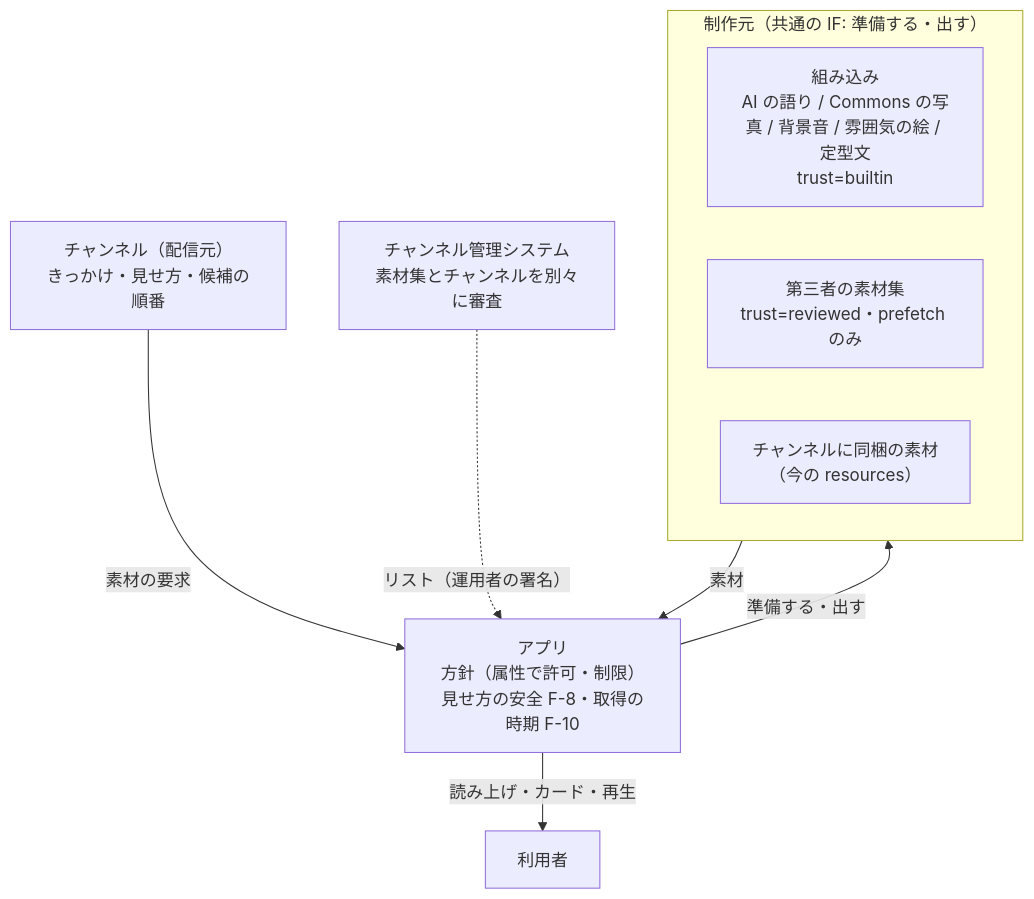
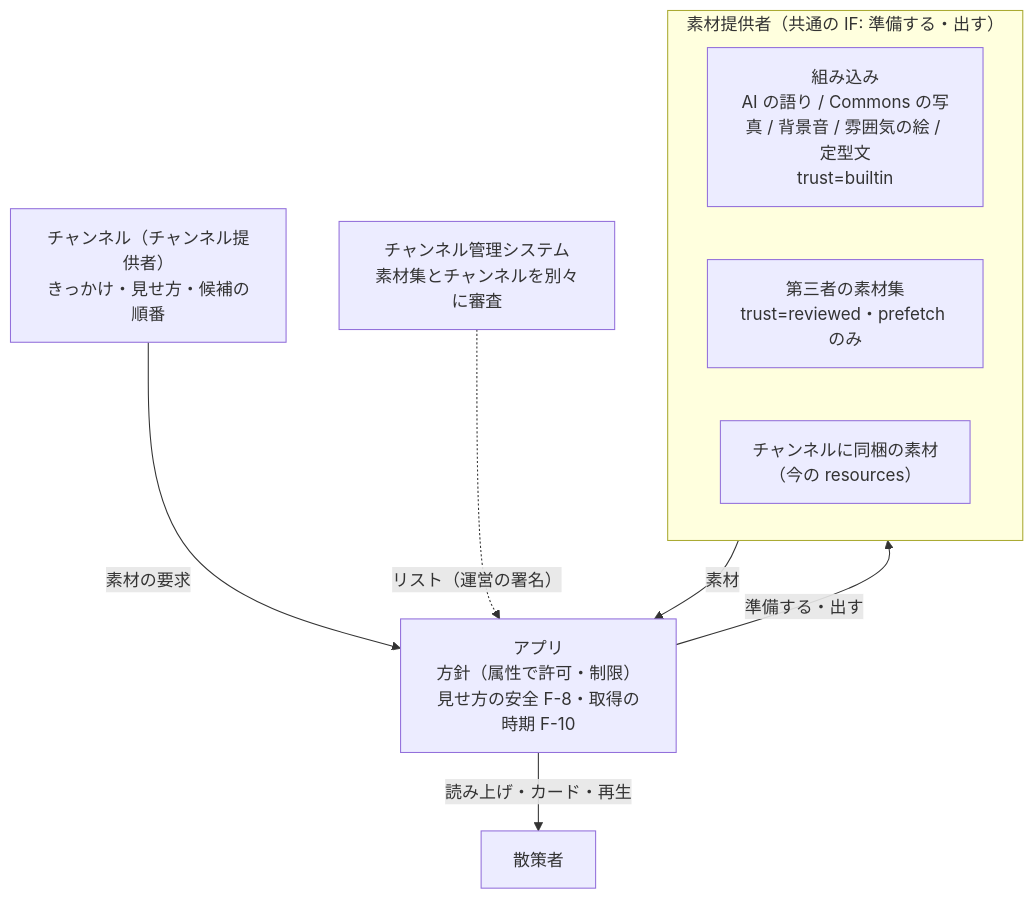
The diagram in docs/adr/ADR-002-material-producers.md (duwenji/yorisoi-platform), drawn with Mermaid before and after one commit. The commit also changed other lines of this file and 8 other files, not shown here.

First line of the commit message:
docs: 関係者の呼び方を「散策者・チャンネル提供者・素材提供者・運営」にそろえる

````diff
--- a/docs/adr/ADR-002-material-producers.md
+++ b/docs/adr/ADR-002-material-producers.md
@@ -96,16 +96,16 @@
 ```mermaid
 flowchart TB
-    subgraph 制作元["制作元（共通の IF: 準備する・出す）"]
+    subgraph 素材提供者["素材提供者（共通の IF: 準備する・出す）"]
         B["組み込み<br/>AI の語り / Commons の写真 / 背景音 / 雰囲気の絵 / 定型文<br/>trust=builtin"]
         T["第三者の素材集<br/>trust=reviewed・prefetch のみ"]
         S["チャンネルに同梱の素材<br/>（今の resources）"]
     end
-    CH["チャンネル（配信元）<br/>きっかけ・見せ方・候補の順番"]
+    CH["チャンネル（チャンネル提供者）<br/>きっかけ・見せ方・候補の順番"]
     A["アプリ<br/>方針（属性で許可・制限）<br/>見せ方の安全 F-8・取得の時期 F-10"]
-    U["利用者"]
+    U["散策者"]
     CH -- "素材の要求" --> A
-    A -- "準備する・出す" --> 制作元
-    制作元 -- "素材" --> A
+    A -- "準備する・出す" --> 素材提供者
+    素材提供者 -- "素材" --> A
     A -- "読み上げ・カード・再生" --> U
-    M["チャンネル管理システム<br/>素材集とチャンネルを別々に審査"] -. "リスト（運用者の署名）" .-> A
+    M["チャンネル管理システム<br/>素材集とチャンネルを別々に審査"] -. "リスト（運営の署名）" .-> A
 ```
````
